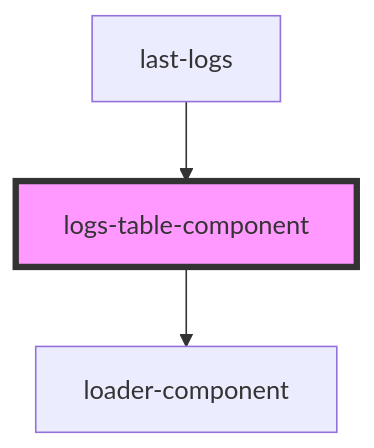
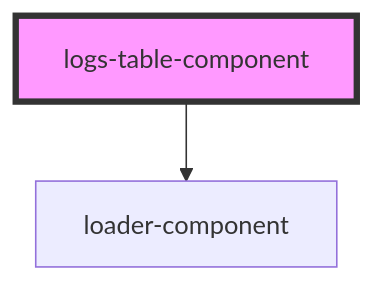
Before and after one commit to techvariable/NeptuneConnectComponents: the diagram in src/components/userProfilePage/logs-table-component/readme.md, drawn with Mermaid. The commit also changed other lines of this file and 10 other files, not shown here.

````diff
--- a/src/components/userProfilePage/logs-table-component/readme.md
+++ b/src/components/userProfilePage/logs-table-component/readme.md
@@ -30,6 +26,5 @@
 ```mermaid
 graph TD;
   logs-table-component --> loader-component
-  last-logs --> logs-table-component
   style logs-table-component fill:#f9f,stroke:#333,stroke-width:4px
 ```
````
